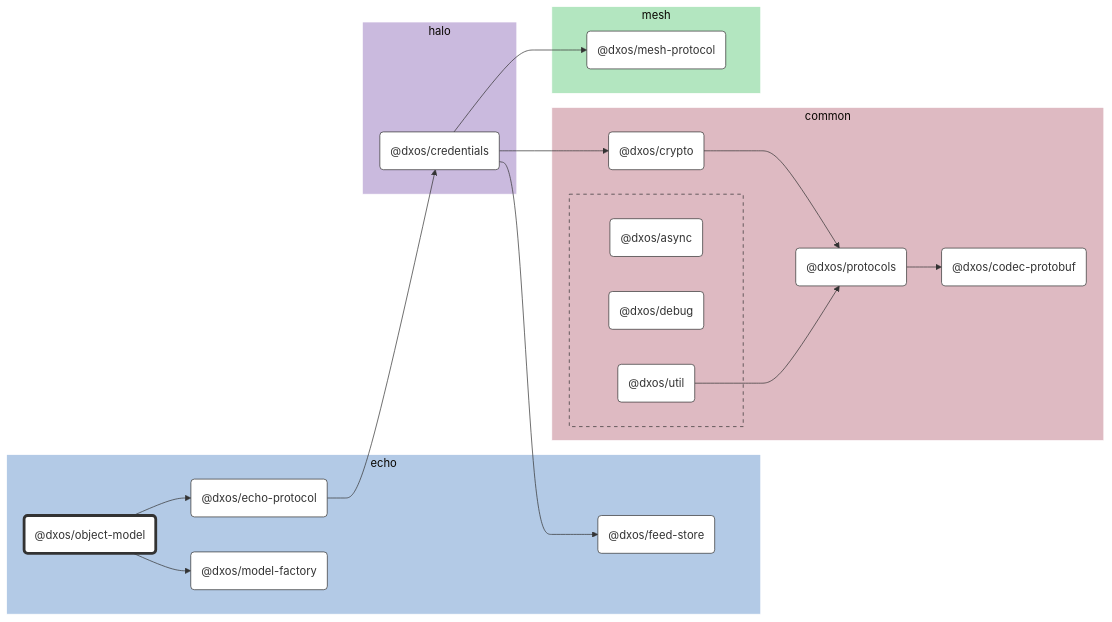
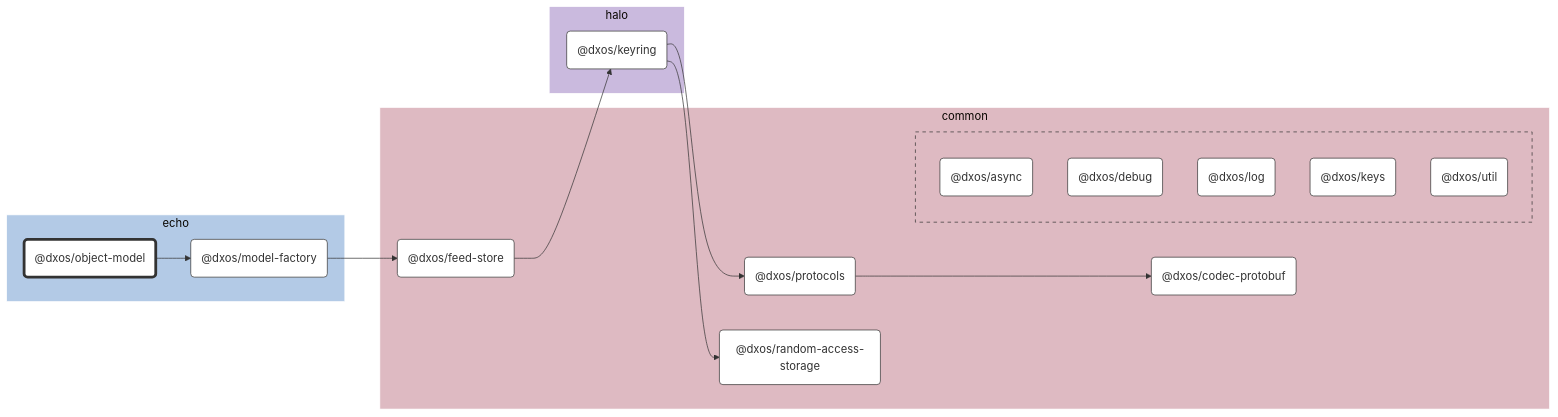
The diagram in packages/echo/object-model/docs/README.md (dxos/dxos), drawn with Mermaid (base theme) before and after one commit. The commit also changed other lines of this file and 52 other files, not shown here.

````diff
--- a/packages/echo/object-model/docs/README.md
+++ b/packages/echo/object-model/docs/README.md
@@ -7,67 +7,60 @@
 ```mermaid
 %%{ init: {'flowchart':{'curve':'basis'}} }%%
 
 flowchart LR
 
 %% Classes
 classDef def fill:#fff,stroke:#333,stroke-width:1px
 classDef root fill:#fff,stroke:#333,stroke-width:4px
 
 %% Nodes
 
 subgraph echo [echo]
   style echo fill:#b3cae6,stroke:#fff
   dxos/object-model("@dxos/object-model"):::root
   click dxos/object-model "dxos/dxos/tree/main/packages/echo/object-model/docs"
-  dxos/echo-protocol("@dxos/echo-protocol"):::def
-  click dxos/echo-protocol "dxos/dxos/tree/main/packages/echo/echo-protocol/docs"
-  dxos/feed-store("@dxos/feed-store"):::def
-  click dxos/feed-store "dxos/dxos/tree/main/packages/echo/feed-store/docs"
   dxos/model-factory("@dxos/model-factory"):::def
   click dxos/model-factory "dxos/dxos/tree/main/packages/echo/model-factory/docs"
 end
 
 subgraph common [common]
   style common fill:#debac2,stroke:#fff
   dxos/codec-protobuf("@dxos/codec-protobuf"):::def
   click dxos/codec-protobuf "dxos/dxos/tree/main/packages/common/codec-protobuf/docs"
-  dxos/crypto("@dxos/crypto"):::def
-  click dxos/crypto "dxos/dxos/tree/main/packages/common/crypto/docs"
+  dxos/feed-store("@dxos/feed-store"):::def
+  click dxos/feed-store "dxos/dxos/tree/main/packages/common/feed-store/docs"
   dxos/protocols("@dxos/protocols"):::def
   click dxos/protocols "dxos/dxos/tree/main/packages/common/protocols/docs"
+  dxos/random-access-storage("@dxos/random-access-storage"):::def
+  click dxos/random-access-storage "dxos/dxos/tree/main/packages/common/random-access-storage/docs"
 
   subgraph common-excluded [ ]
     style common-excluded fill:#debac2,stroke:#333,stroke-dasharray:5 5
     dxos/async("@dxos/async"):::def
     click dxos/async "dxos/dxos/tree/main/packages/common/async/docs"
     dxos/debug("@dxos/debug"):::def
     click dxos/debug "dxos/dxos/tree/main/packages/common/debug/docs"
+    dxos/log("@dxos/log"):::def
+    click dxos/log "dxos/dxos/tree/main/packages/common/log/docs"
+    dxos/keys("@dxos/keys"):::def
+    click dxos/keys "dxos/dxos/tree/main/packages/common/keys/docs"
     dxos/util("@dxos/util"):::def
     click dxos/util "dxos/dxos/tree/main/packages/common/util/docs"
   end
 end
 
 subgraph halo [halo]
   style halo fill:#cabade,stroke:#fff
-  dxos/credentials("@dxos/credentials"):::def
-  click dxos/credentials "dxos/dxos/tree/main/packages/halo/credentials/docs"
-end
-
-subgraph mesh [mesh]
-  style mesh fill:#b3e6c0,stroke:#fff
-  dxos/mesh-protocol("@dxos/mesh-protocol"):::def
-  click dxos/mesh-protocol "dxos/dxos/tree/main/packages/mesh/mesh-protocol/docs"
+  dxos/keyring("@dxos/keyring"):::def
+  click dxos/keyring "dxos/dxos/tree/main/packages/halo/keyring/docs"
 end
 
 %% Links
 linkStyle default stroke:#333,stroke-width:1px
-dxos/object-model --> dxos/echo-protocol
-dxos/echo-protocol --> dxos/credentials
-dxos/credentials --> dxos/crypto
-dxos/crypto --> dxos/protocols
+dxos/object-model --> dxos/model-factory
+dxos/model-factory --> dxos/feed-store
+dxos/feed-store --> dxos/keyring
+dxos/keyring --> dxos/protocols
 dxos/protocols --> dxos/codec-protobuf
-dxos/credentials --> dxos/feed-store
-dxos/util --> dxos/protocols
-dxos/credentials --> dxos/mesh-protocol
-dxos/object-model --> dxos/model-factory
+dxos/keyring --> dxos/random-access-storage
 ```
````
